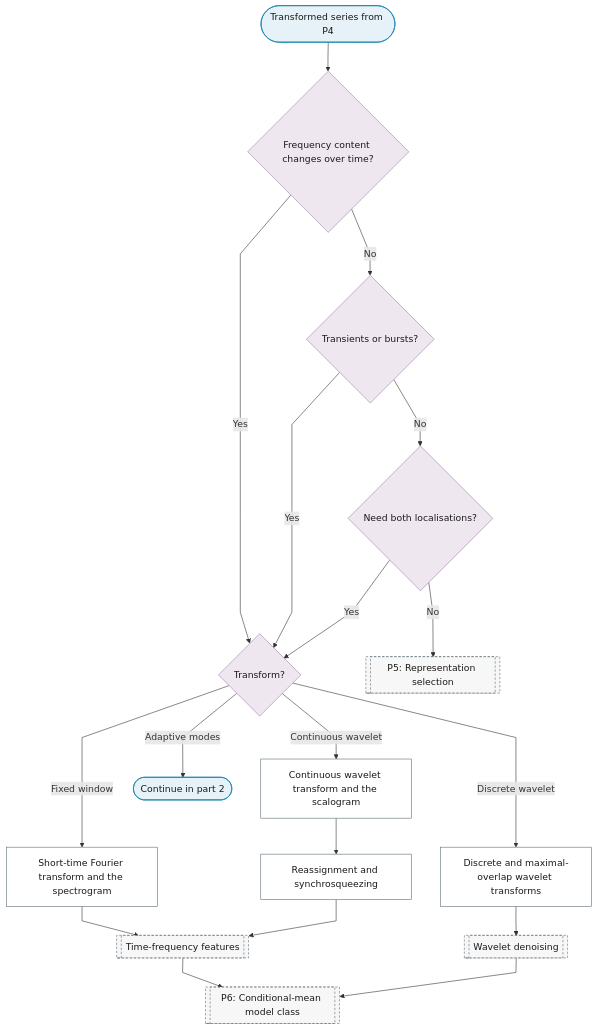
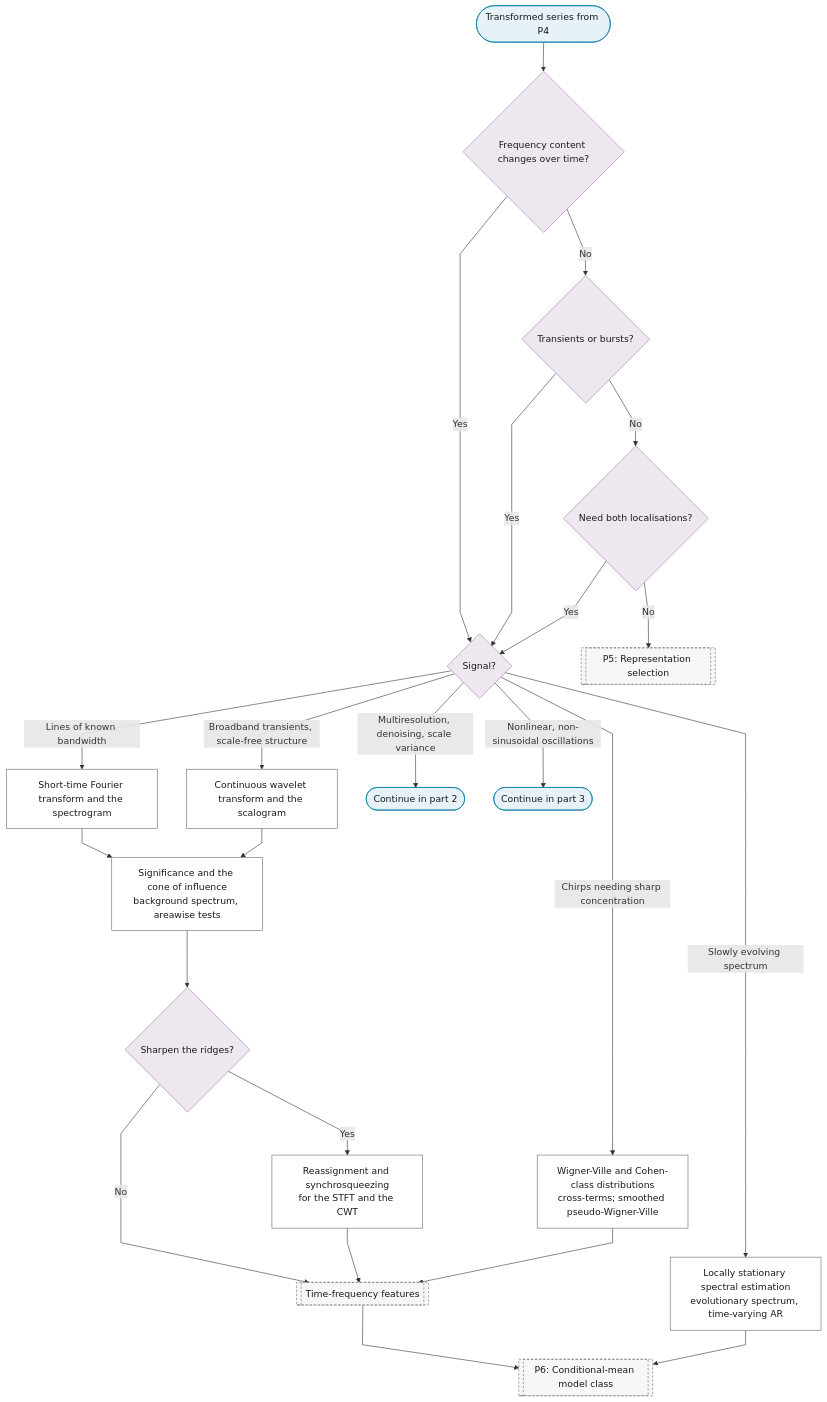
The first of 3 diagrams in docs/01-workflow/p05-representation/03-time-frequency.md (Shuxin-Y/time-series-analysis-manual), drawn with Mermaid before and after one commit. The commit also changed other lines of this file and 8 other files, not shown here.

First line of the commit message:
feat(p5): sampling gate and signal-criteria representation charts

````diff
--- a/docs/01-workflow/p05-representation/03-time-frequency.md
+++ b/docs/01-workflow/p05-representation/03-time-frequency.md
@@ -9,31 +9,35 @@
 ```mermaid
 %%{init: {"flowchart": {"curve": "linear"}}}%%
 graph TD
     P5_TF_IN(["Transformed series from P4"]) --> P5_TF_CHANGING{"Frequency content changes over time?"}
-    P5_TF_CHANGING -->|"Yes"| P5_TF_TRANSFORM{"Transform?"}
+    P5_TF_CHANGING -->|"Yes"| P5_TF_TRANSFORM{"Signal?"}
     P5_TF_CHANGING -->|"No"| P5_TF_TRANSIENTS{"Transients or bursts?"}
     P5_TF_TRANSIENTS -->|"Yes"| P5_TF_TRANSFORM
     P5_TF_TRANSIENTS -->|"No"| P5_TF_LOCALISATION{"Need both localisations?"}
     P5_TF_LOCALISATION -->|"Yes"| P5_TF_TRANSFORM
     P5_TF_LOCALISATION -->|"No"| P5[["P5: Representation selection"]]
-    P5_TF_TRANSFORM -->|"Fixed window"| P5_TF_STFT["Short-time Fourier transform and the spectrogram"]
-    P5_TF_TRANSFORM -->|"Continuous wavelet"| P5_TF_CWT["Continuous wavelet transform and the scalogram"]
-    P5_TF_TRANSFORM -->|"Discrete wavelet"| P5_TF_DWT["Discrete and maximal-overlap wavelet transforms"]
-    P5_TF_TRANSFORM -->|"Adaptive modes"| P5_TF_TO_PART_2(["Continue in part 2"])
-    P5_TF_CWT --> P5_TF_SYNCHROSQUEEZING["Reassignment and synchrosqueezing"]
-    P5_TF_STFT & P5_TF_SYNCHROSQUEEZING --> P0_FE_TF_FEATURES[["Time-frequency features"]]
-    P5_TF_DWT --> P0_SE_WAVELET_DENOISING[["Wavelet denoising"]]
-    P0_FE_TF_FEATURES & P0_SE_WAVELET_DENOISING --> P6[["P6: Conditional-mean model class"]]
-    class P5_TF_IN,P5_TF_TO_PART_2 terminator
-    class P5_TF_CHANGING,P5_TF_TRANSFORM,P5_TF_TRANSIENTS,P5_TF_LOCALISATION decision
-    class P5_TF_STFT,P5_TF_CWT,P5_TF_DWT,P5_TF_SYNCHROSQUEEZING process
-    class P5,P0_FE_TF_FEATURES,P0_SE_WAVELET_DENOISING,P6 ref
+    P5_TF_TRANSFORM -->|"Lines of known bandwidth"| P5_TF_STFT["Short-time Fourier transform and the spectrogram"]
+    P5_TF_TRANSFORM -->|"Broadband transients, scale-free structure"| P5_TF_CWT["Continuous wavelet transform and the scalogram"]
+    P5_TF_TRANSFORM -->|"Chirps needing sharp concentration"| P5_TF_WVD["Wigner-Ville and Cohen-class distributions<br/>cross-terms; smoothed pseudo-Wigner-Ville"]
+    P5_TF_TRANSFORM -->|"Slowly evolving spectrum"| P5_TF_LOCALLY_STATIONARY["Locally stationary spectral estimation<br/>evolutionary spectrum, time-varying AR"]
+    P5_TF_TRANSFORM -->|"Multiresolution, denoising, scale variance"| P5_TF_TO_PART_2(["Continue in part 2"])
+    P5_TF_TRANSFORM -->|"Nonlinear, non-sinusoidal oscillations"| P5_TF_TO_PART_3(["Continue in part 3"])
+    P5_TF_STFT & P5_TF_CWT --> P5_TF_SIGNIFICANCE["Significance and the cone of influence<br/>background spectrum, areawise tests"]
+    P5_TF_SIGNIFICANCE --> P5_TF_SHARPEN{"Sharpen the ridges?"}
+    P5_TF_SHARPEN -->|"Yes"| P5_TF_SYNCHROSQUEEZING["Reassignment and synchrosqueezing<br/>for the STFT and the CWT"]
+    P5_TF_SHARPEN -->|"No"| P0_FE_TF_FEATURES
+    P5_TF_SYNCHROSQUEEZING & P5_TF_WVD --> P0_FE_TF_FEATURES[["Time-frequency features"]]
+    P0_FE_TF_FEATURES & P5_TF_LOCALLY_STATIONARY --> P6[["P6: Conditional-mean model class"]]
+    class P5_TF_IN,P5_TF_TO_PART_2,P5_TF_TO_PART_3 terminator
+    class P5_TF_CHANGING,P5_TF_TRANSFORM,P5_TF_TRANSIENTS,P5_TF_LOCALISATION,P5_TF_SHARPEN decision
+    class P5_TF_STFT,P5_TF_CWT,P5_TF_WVD,P5_TF_LOCALLY_STATIONARY,P5_TF_SIGNIFICANCE,P5_TF_SYNCHROSQUEEZING process
+    class P5,P0_FE_TF_FEATURES,P6 ref
     classDef terminator fill:#E6F2F7,stroke:#007BA7,color:#1A1A1A;
     classDef process fill:#FFFFFF,stroke:#5A6B73,color:#1A1A1A;
     classDef decision fill:#EFE7F0,stroke:#9B7FA7,color:#1A1A1A;
     classDef data fill:#FFF4E0,stroke:#C9A55E,color:#1A1A1A;
     classDef good fill:#DCEFD8,stroke:#4A7A3F,color:#1A1A1A;
     classDef escalate fill:#FFE9C2,stroke:#C9A55E,color:#1A1A1A;
     classDef problem fill:#F2D9DE,stroke:#800020,color:#1A1A1A;
     classDef ref fill:#F7F7F7,stroke:#5A6B73,color:#1A1A1A,stroke-dasharray:4 3;
 ```
````
